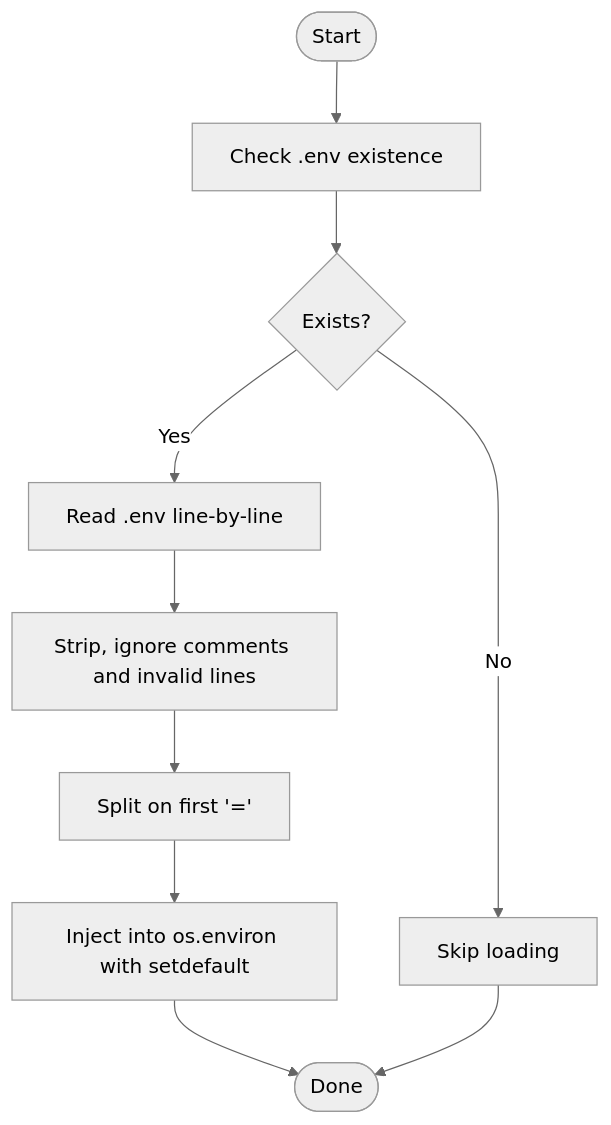
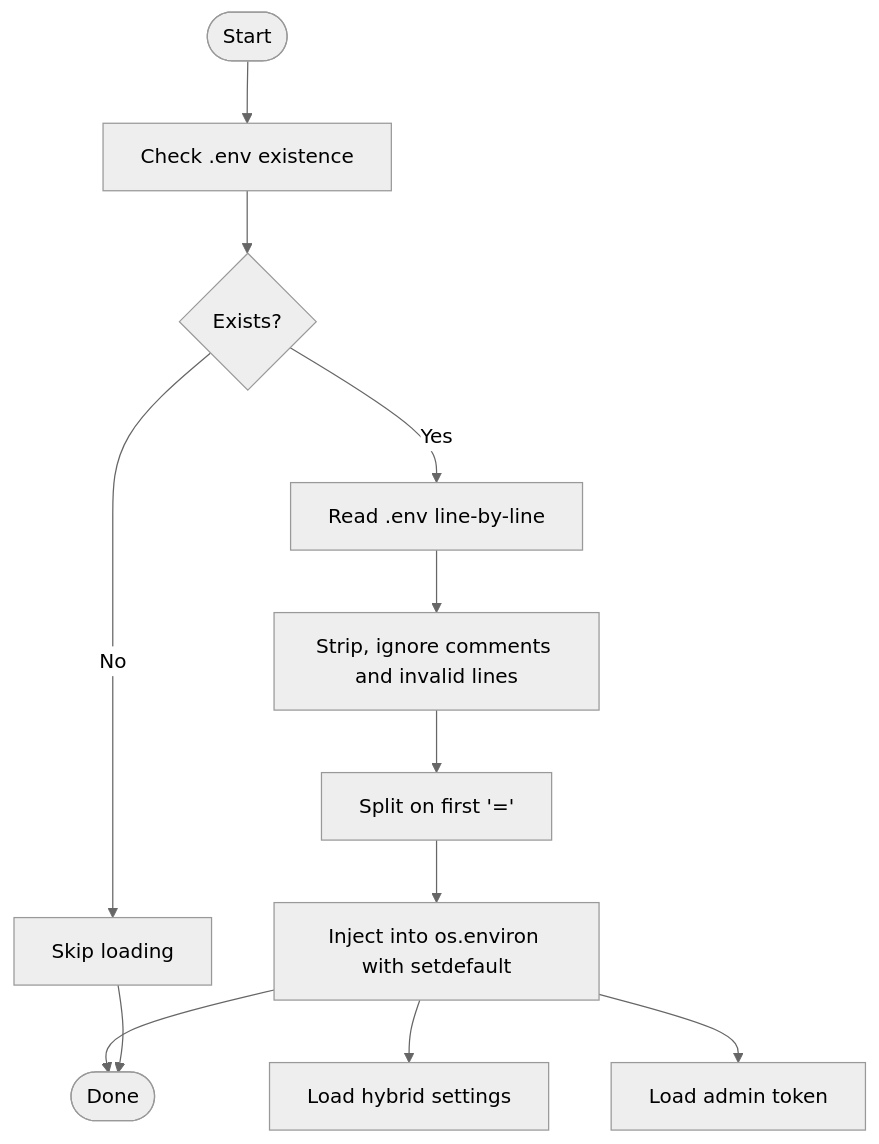
The fourth of 8 diagrams in .qoder/repowiki/en/content/Backend Components/Configuration and Settings Management.md (Sovetsky-Soyuz/AI-Assistant), drawn with Mermaid (neutral theme) before and after one commit. The commit also changed other lines of this file and 15 other files, not shown here.

````diff
--- a/.qoder/repowiki/en/content/Backend Components/Configuration and Settings Management.md
+++ b/.qoder/repowiki/en/content/Backend Components/Configuration and Settings Management.md
@@ -270,12 +356,14 @@
 ```mermaid
 flowchart TD
 Start(["Start"]) --> CheckEnv["Check .env existence"]
 CheckEnv --> Exists{"Exists?"}
 Exists --> |No| Skip["Skip loading"]
 Exists --> |Yes| Read["Read .env line-by-line"]
 Read --> Parse["Strip, ignore comments and invalid lines"]
 Parse --> Split["Split on first '='"]
 Split --> Inject["Inject into os.environ with setdefault"]
+Inject --> Hybrid["Load hybrid settings"]
+Inject --> Admin["Load admin token"]
 Inject --> Done(["Done"])
 Skip --> Done
 ```
````
